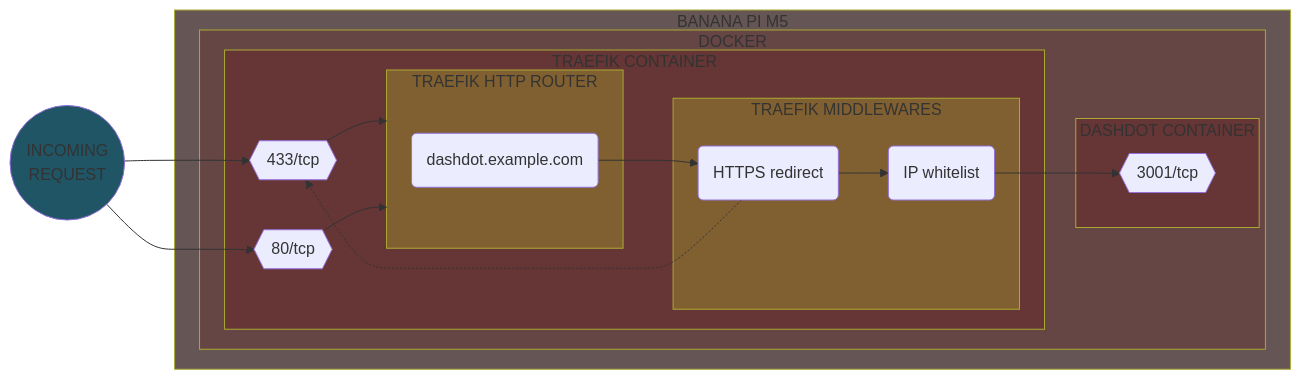
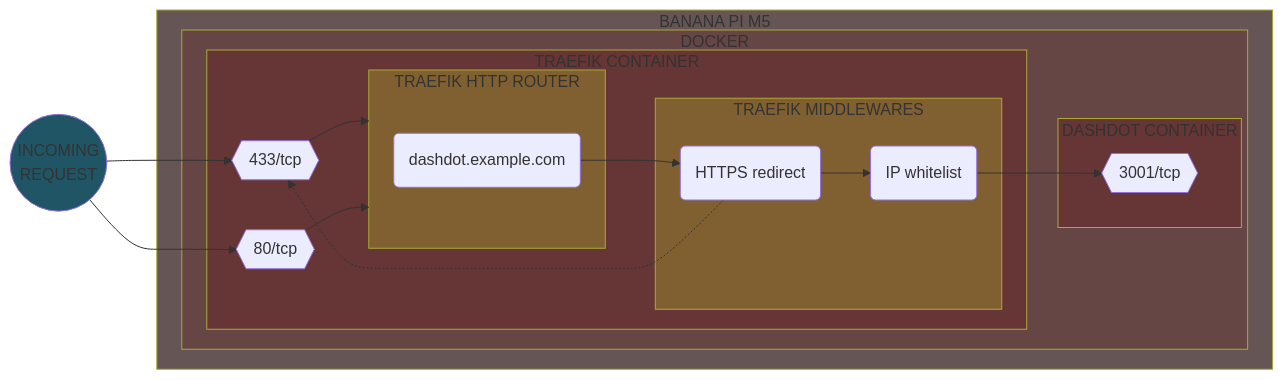
Before and after one commit to Yann39/self-hosted: diagram 13 of 15 in README.md, drawn with Mermaid. The commit also changed other lines of this file and 1 other file, not shown here.

````diff
--- a/README.md
+++ b/README.md
@@ -2867,47 +2897,47 @@
 ```mermaid
 flowchart LR
     style INCOMING_REQUEST fill: #205566
     style TRAEFIK_CONTAINER fill: #663535
     style APP_CONTAINER fill: #663535
     style TRAEFIK_ROUTER fill: #806030
     style TRAEFIK_MIDDLEWARE fill: #806030
     style SINGLE_BOARD_COMPUTER fill: #665555
     style CONTAINER_ENGINE fill: #664545
     DOCKER_TRAEFIK_PORT443{{433/tcp}}
     DOCKER_TRAEFIK_PORT80{{80/tcp}}
     DOCKER_APP_PORT{{3001/tcp}}
     TRAEFIK_ROUTER_APP(dashdot.example.com)
     TRAEFIK_MIDDLEWARE_REDIRECT(HTTPS redirect)
     TRAEFIK_MIDDLEWARE_IP_WHITELIST(IP whitelist)
-    INCOMING_REQUEST(("&nbsp;&nbsp;INCOMING&nbsp;&nbsp;\nREQUEST"))
+    INCOMING_REQUEST((INCOMING\nREQUEST))
     INCOMING_REQUEST --> DOCKER_TRAEFIK_PORT443
     INCOMING_REQUEST --> DOCKER_TRAEFIK_PORT80
 
     subgraph SINGLE_BOARD_COMPUTER[BANANA PI M5]
         subgraph CONTAINER_ENGINE[DOCKER]
             subgraph APP_CONTAINER[DASHDOT CONTAINER]
                 DOCKER_APP_PORT
             end
 
             subgraph TRAEFIK_CONTAINER[TRAEFIK CONTAINER]
                 DOCKER_TRAEFIK_PORT443 --> TRAEFIK_ROUTER
                 DOCKER_TRAEFIK_PORT80 --> TRAEFIK_ROUTER
 
                 subgraph TRAEFIK_ROUTER[TRAEFIK HTTP ROUTER]
                     TRAEFIK_ROUTER_APP
                 end
 
                 subgraph TRAEFIK_MIDDLEWARE[TRAEFIK MIDDLEWARES]
                     TRAEFIK_MIDDLEWARE_REDIRECT
                     TRAEFIK_MIDDLEWARE_IP_WHITELIST
                 end
 
                 TRAEFIK_MIDDLEWARE_REDIRECT --> TRAEFIK_MIDDLEWARE_IP_WHITELIST
                 TRAEFIK_MIDDLEWARE_REDIRECT -.-> DOCKER_TRAEFIK_PORT443
                 TRAEFIK_MIDDLEWARE_IP_WHITELIST --> DOCKER_APP_PORT
                 TRAEFIK_ROUTER_APP --> TRAEFIK_MIDDLEWARE_REDIRECT
             end
 
         end
     end
 ```
````
